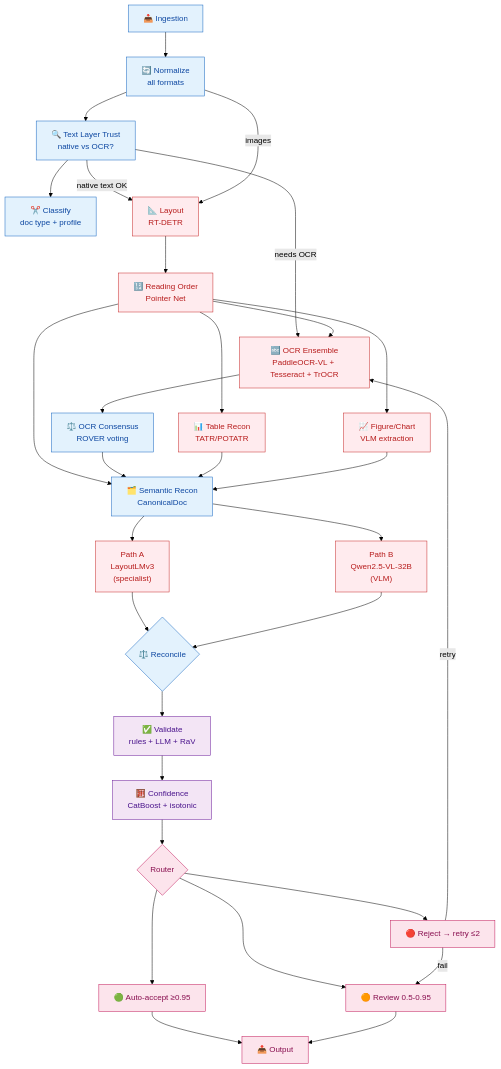
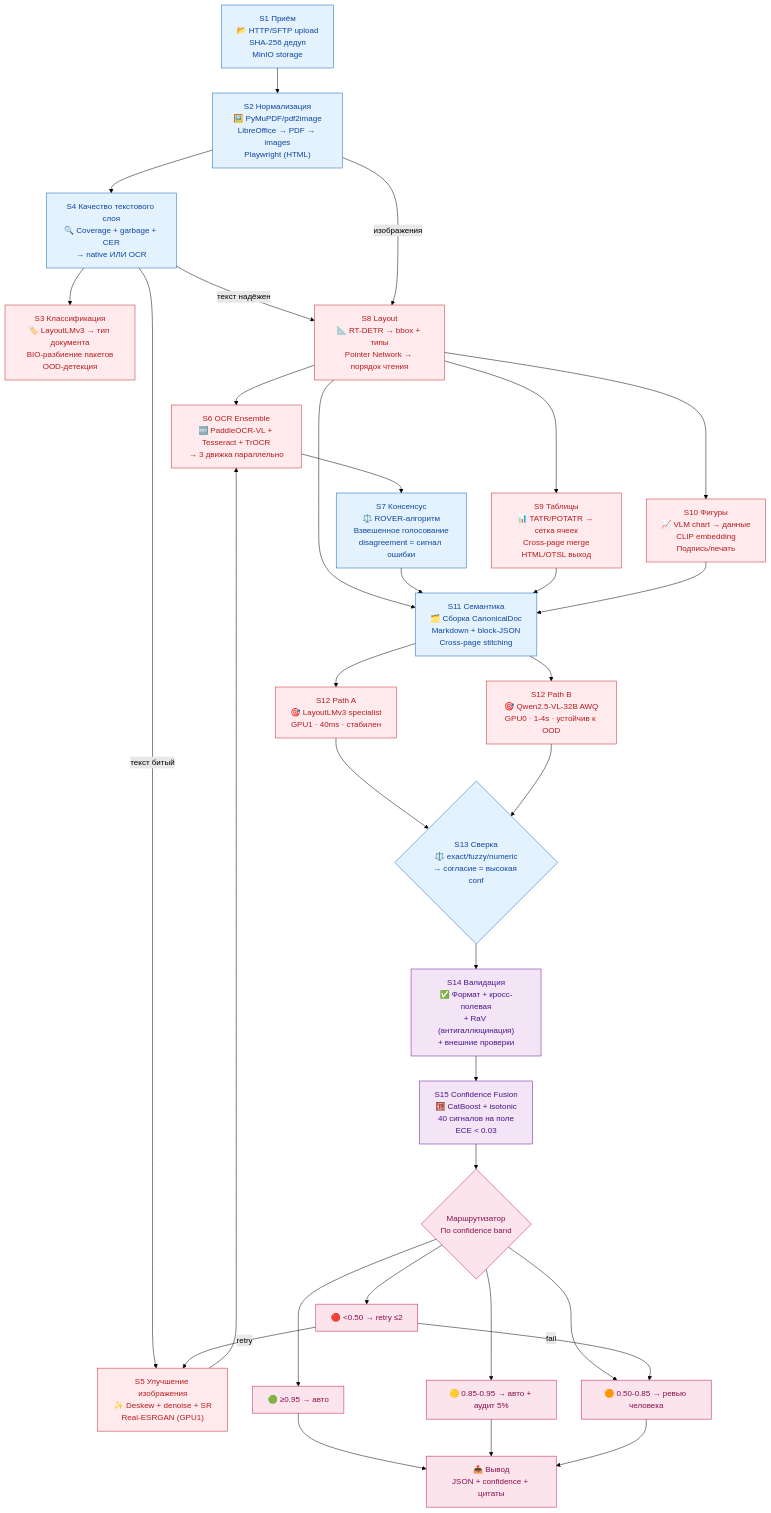
Before and after one commit to Zhilg/NEI: the first of 5 diagrams in docs/SUMMARY.md, drawn with Mermaid (forest theme). The commit also changed other lines of this file, not shown here.

````diff
--- a/docs/SUMMARY.md
+++ b/docs/SUMMARY.md
@@ -9,45 +9,48 @@
 ```mermaid
 flowchart TD
-    classDef stage fill:#e3f2fd,stroke:#1565c0,color:#0d47a1
+    classDef cpu fill:#e3f2fd,stroke:#1565c0,color:#0d47a1
     classDef gpu fill:#ffebee,stroke:#c62828,color:#b71c1c
     classDef conf fill:#f3e5f5,stroke:#6a1b9a,color:#4a148c
     classDef route fill:#fce4ec,stroke:#c2185b,color:#880e4f
 
-    A["📥 Ingestion"]:::stage
-    B["🔄 Normalize\nall formats"]:::stage
-    C["🔍 Text Layer Trust\nnative vs OCR?"]:::stage
-    D["✂️ Classify\ndoc type + profile"]:::stage
-    E["📐 Layout\nRT-DETR"]:::gpu
-    F["🔢 Reading Order\nPointer Net"]:::gpu
-    G["🔤 OCR Ensemble\nPaddleOCR-VL + Tesseract + TrOCR"]:::gpu
-    H["⚖️ OCR Consensus\nROVER voting"]:::stage
-    I["📊 Table Recon\nTATR/POTATR"]:::gpu
-    J["📈 Figure/Chart\nVLM extraction"]:::gpu
-    K["🗂️ Semantic Recon\nCanonicalDoc"]:::stage
-    L["Path A\nLayoutLMv3\n(specialist)"]:::gpu
-    M["Path B\nQwen2.5-VL-32B\n(VLM)"]:::gpu
-    N{"⚖️ Reconcile"}:::stage
-    O["✅ Validate\nrules + LLM + RaV"]:::conf
-    P["🧮 Confidence\nCatBoost + isotonic"]:::conf
-    Q{"Router"}:::route
-    R["🟢 Auto-accept ≥0.95"]:::route
-    S["🟠 Review 0.5-0.95"]:::route
-    T["🔴 Reject → retry ≤2"]:::route
-    U["📤 Output"]:::route
+    A["S1 Приём\n📂 HTTP/SFTP upload\nSHA-256 дедуп\nMinIO storage"]:::cpu
+    B["S2 Нормализация\n🖼️ PyMuPDF/pdf2image\nLibreOffice → PDF → images\nPlaywright (HTML)"]:::cpu
+    C["S4 Качество текстового слоя\n🔍 Coverage + garbage + CER\n→ native ИЛИ OCR"]:::cpu
+    D["S3 Классификация\n🏷️ LayoutLMv3 → тип документа\nBIO-разбиение пакетов\nOOD-детекция"]:::gpu
+    E["S8 Layout\n📐 RT-DETR → bbox + типы\nPointer Network → порядок чтения"]:::gpu
+    F["S5 Улучшение изображения\n✨ Deskew + denoise + SR\nReal-ESRGAN (GPU1)"]:::gpu
+    G["S6 OCR Ensemble\n🔤 PaddleOCR-VL + Tesseract + TrOCR\n→ 3 движка параллельно"]:::gpu
+    H["S7 Консенсус\n⚖️ ROVER-алгоритм\nВзвешенное голосование\ndisagreement = сигнал ошибки"]:::cpu
+    I["S9 Таблицы\n📊 TATR/POTATR → сетка ячеек\nCross-page merge\nHTML/OTSL выход"]:::gpu
+    J["S10 Фигуры\n📈 VLM chart → данные\nCLIP embedding\nПодпись/печать"]:::gpu
+    K["S11 Семантика\n🗂️ Сборка CanonicalDoc\nMarkdown + block-JSON\nCross-page stitching"]:::cpu
+    L["S12 Path A\n🎯 LayoutLMv3 specialist\nGPU1 · 40ms · стабилен"]:::gpu
+    M["S12 Path B\n🎯 Qwen2.5-VL-32B AWQ\nGPU0 · 1-4s · устойчив к OOD"]:::gpu
+    N{"S13 Сверка\n⚖️ exact/fuzzy/numeric\n→ согласие = высокая conf"}:::cpu
+    O["S14 Валидация\n✅ Формат + кросс-полевая\n+ RaV (антигаллюцинация)\n+ внешние проверки"]:::conf
+    P["S15 Confidence Fusion\n🧮 CatBoost + isotonic\n40 сигналов на поле\nECE < 0.03"]:::conf
+    Q{"Маршрутизатор\nПо confidence band"}:::route
+    R["🟢 ≥0.95 → авто"]:::route
+    S["🟡 0.85-0.95 → авто + аудит 5%"]:::route
+    T["🟠 0.50-0.85 → ревью человека"]:::route
+    U["🔴 <0.50 → retry ≤2"]:::route
+    V["📤 Вывод\nJSON + confidence + цитаты"]:::route
 
     A --> B --> C --> D
-    C -->|"native text OK"| E
-    C -->|"needs OCR"| G
-    B -->|"images"| E
-    E --> F --> G & I & J & K
+    C -->|"текст надёжен"| E
+    C -->|"текст битый"| F
+    B -->|"изображения"| E
+    E --> G & I & J & K
+    F --> G
     G --> H --> K
     I --> K
     J --> K
     K --> L & M
     L & M --> N --> O --> P --> Q
-    Q --> R & S & T
-    R --> U
-    S --> U
-    T -->|retry| G
-    T -->|fail| S
+    Q --> R & S & T & U
+    R --> V
+    S --> V
+    T --> V
+    U -->|retry| F
+    U -->|fail| T
 ```
````
